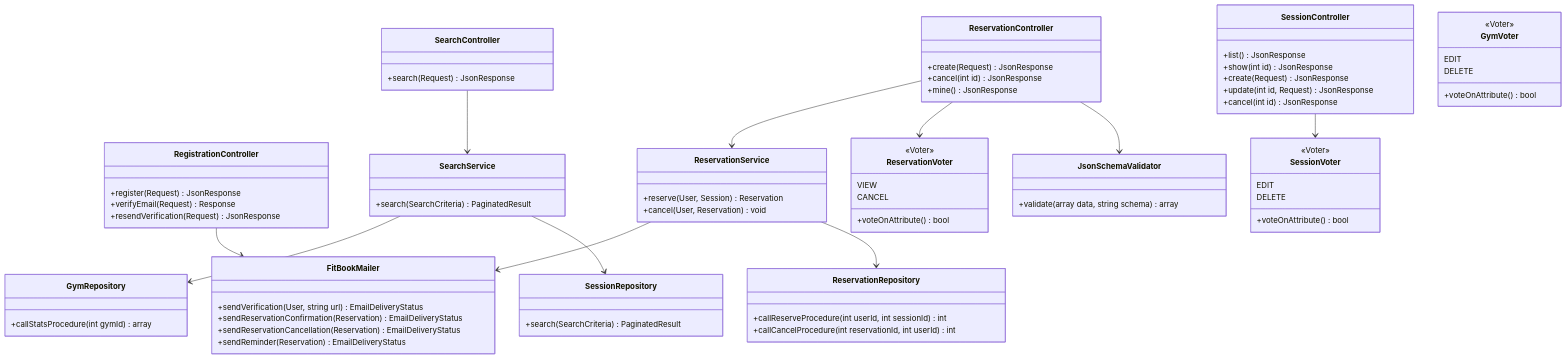
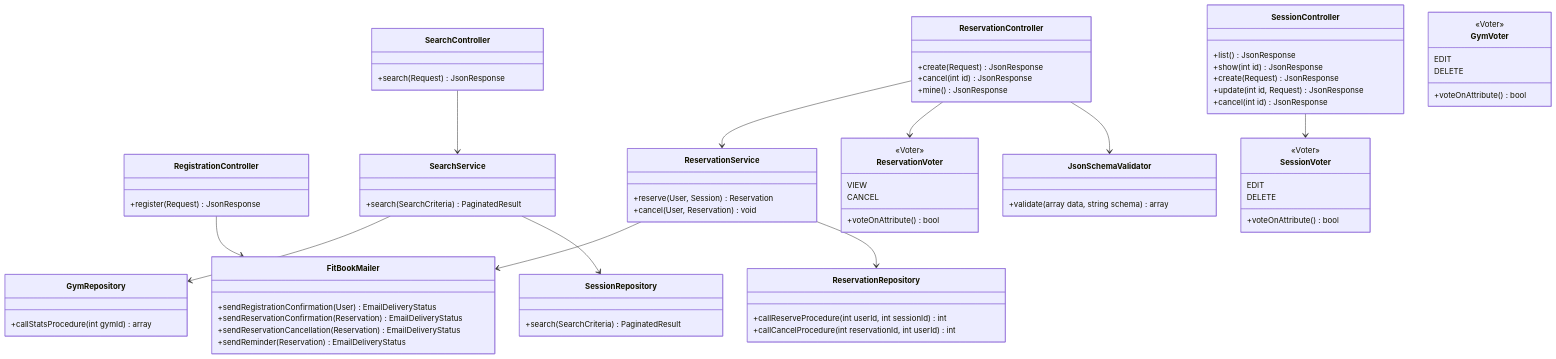
The second of 2 diagrams in docs/diagramme-classes.md (paulm-lab/FitBook), drawn with Mermaid before and after one commit. The commit also changed 8 other files, not shown here.

```diff
--- a/docs/diagramme-classes.md
+++ b/docs/diagramme-classes.md
@@ -203,8 +203,6 @@
     }
     class RegistrationController {
         +register(Request) JsonResponse
-        +verifyEmail(Request) Response
-        +resendVerification(Request) JsonResponse
     }
 
     class ReservationService {
@@ -218,7 +216,7 @@
         +validate(array data, string schema) array
     }
     class FitBookMailer {
-        +sendVerification(User, string url) EmailDeliveryStatus
+        +sendRegistrationConfirmation(User) EmailDeliveryStatus
         +sendReservationConfirmation(Reservation) EmailDeliveryStatus
         +sendReservationCancellation(Reservation) EmailDeliveryStatus
         +sendReminder(Reservation) EmailDeliveryStatus
```
